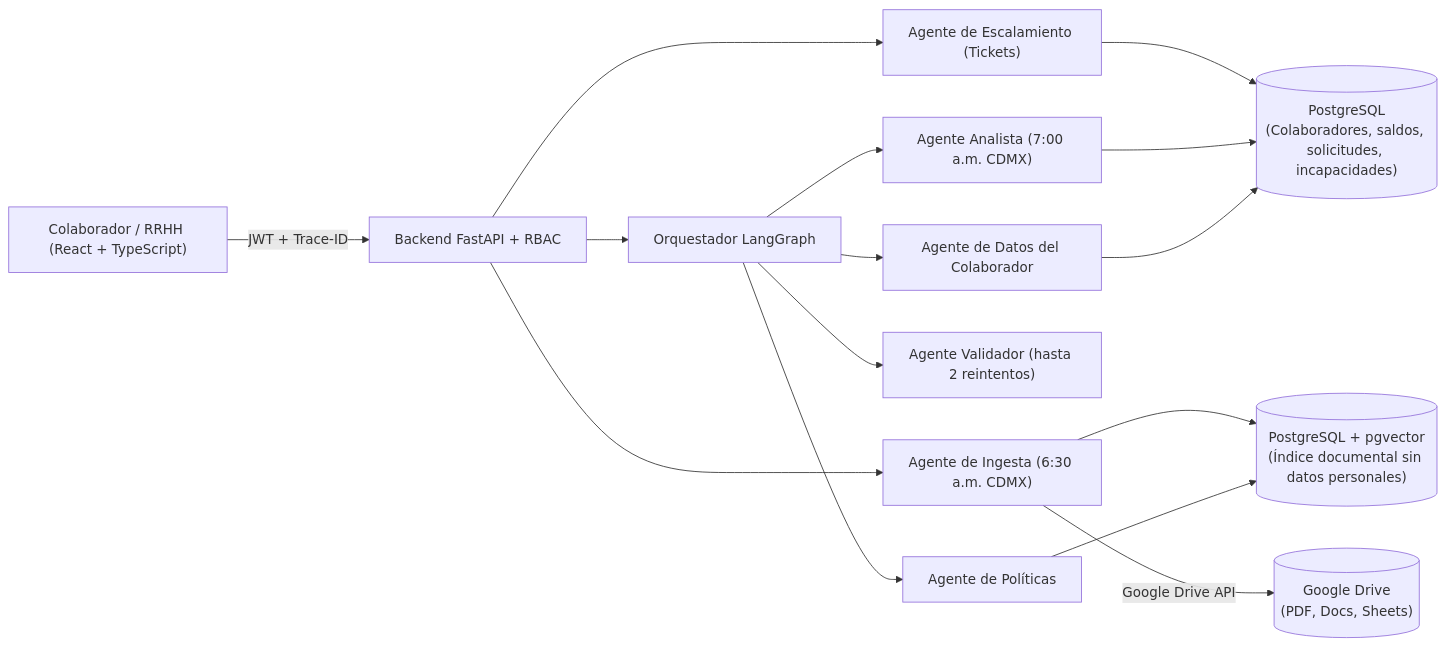
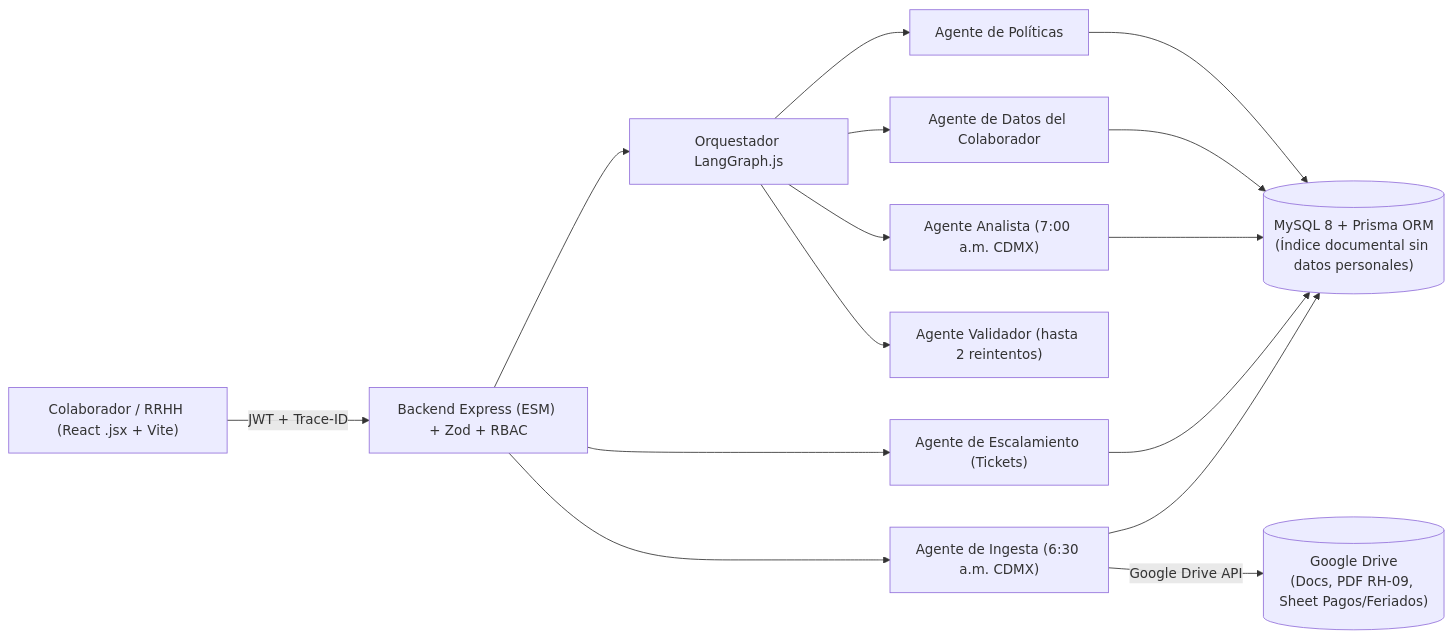
The diagram in docs/ARQUITECTURA_Y_DISENO.md (danielramirez272006-arch/nubera-digital), drawn with Mermaid before and after one commit. The commit also changed other lines of this file and 39 other files, not shown here.

````diff
--- a/docs/ARQUITECTURA_Y_DISENO.md
+++ b/docs/ARQUITECTURA_Y_DISENO.md
@@ -5,18 +5,18 @@
 ```mermaid
 flowchart LR
-    U["Colaborador / RRHH (React + TypeScript)"] -->|JWT + Trace-ID| API["Backend FastAPI + RBAC"]
-    API --> LG["Orquestador LangGraph"]
+    U["Colaborador / RRHH (React .jsx + Vite)"] -->|JWT + Trace-ID| API["Backend Express (ESM) + Zod + RBAC"]
+    API --> LG["Orquestador LangGraph.js"]
     LG --> POL["Agente de Políticas"]
     LG --> EMP["Agente de Datos del Colaborador"]
     LG --> ANA["Agente Analista (7:00 a.m. CDMX)"]
     LG --> VAL["Agente Validador (hasta 2 reintentos)"]
     API --> ESC["Agente de Escalamiento (Tickets)"]
     API --> ING["Agente de Ingesta (6:30 a.m. CDMX)"]
 
-    POL --> PGV[("PostgreSQL + pgvector\n(Índice documental sin datos personales)")]
-    EMP --> PG[("PostgreSQL\n(Colaboradores, saldos, solicitudes, incapacidades)")]
-    ANA --> PG
-    ESC --> PG
-    ING -->|Google Drive API| GD[("Google Drive\n(PDF, Docs, Sheets)")]
-    ING --> PGV
+    POL --> MY[("MySQL 8 + Prisma ORM\n(Índice documental sin datos personales)")]
+    EMP --> MY
+    ANA --> MY
+    ESC --> MY
+    ING -->|Google Drive API| GD[("Google Drive\n(Docs, PDF RH-09, Sheet Pagos/Feriados)")]
+    ING --> MY
 ```
````
